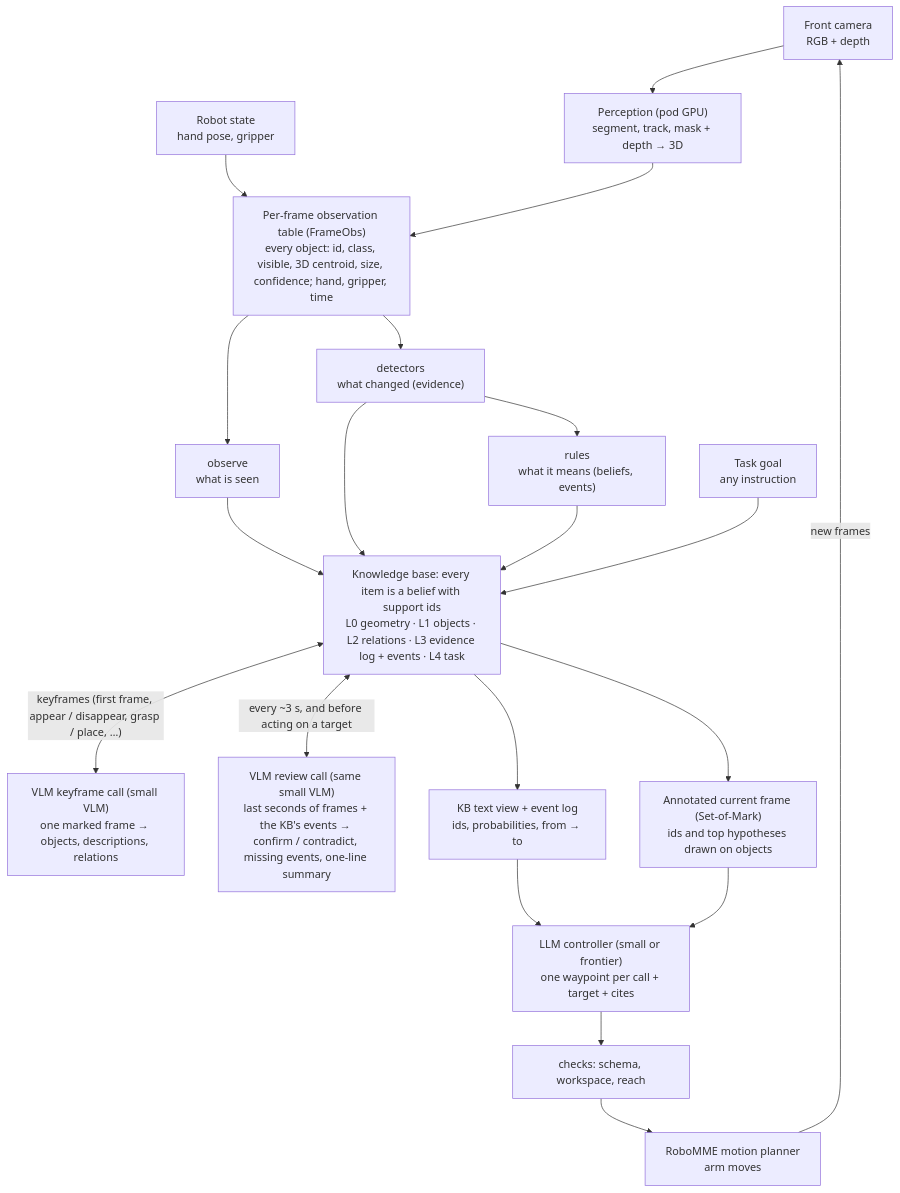
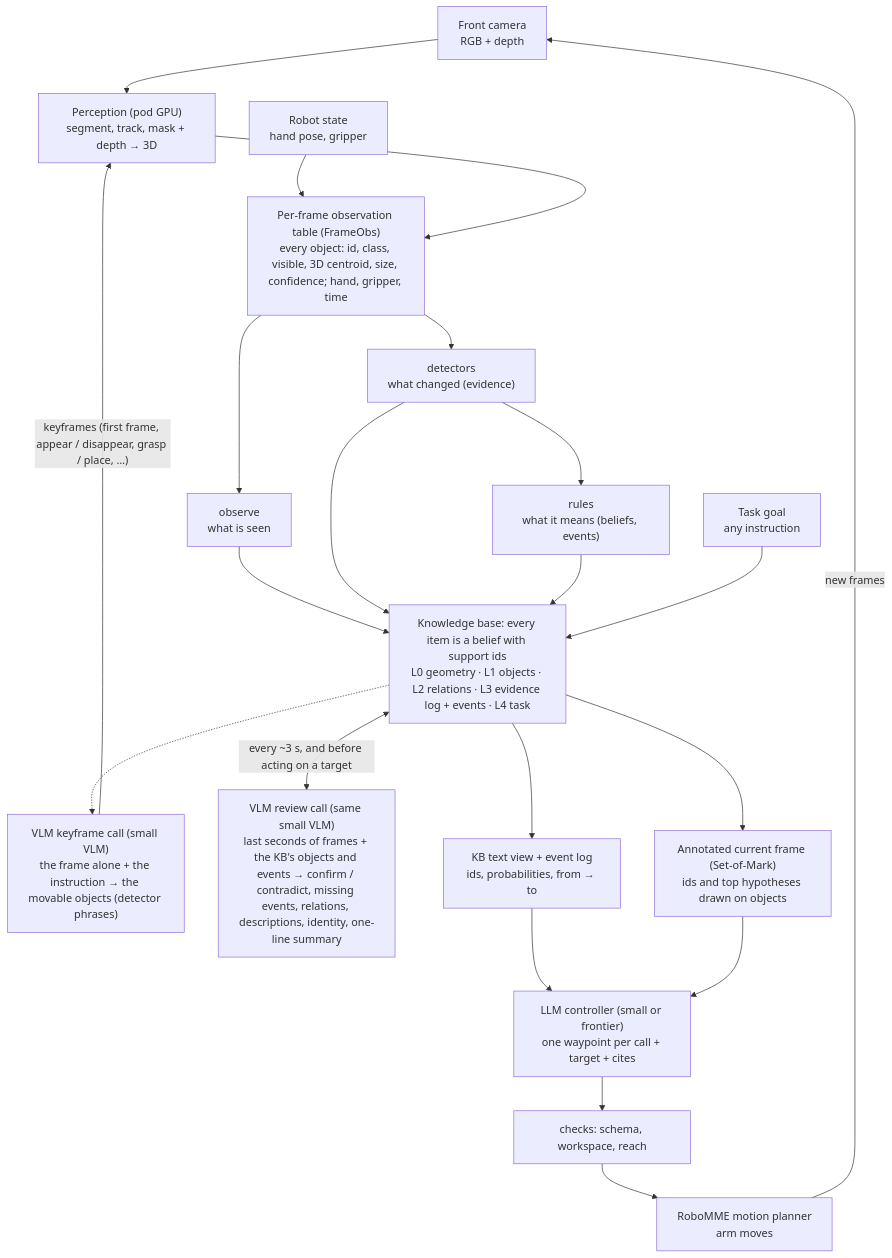
The diagram in DEVELOPMENT.md (vinzppp/arbiterkb), drawn with Mermaid before and after one commit. The commit also changed other lines of this file and 8 other files, not shown here.

Commit message:
Spec v1.10: keyframe call lists from the image alone (4/4 real frames again); review.py does checks + relations + descriptions + identity + summary over a frame window (fake-model tests); event log shows the review's evidence

````diff
--- a/DEVELOPMENT.md
+++ b/DEVELOPMENT.md
@@ -70,22 +70,23 @@
 ```mermaid
 flowchart TB
   CAM["Front camera<br/>RGB + depth"] --> PER["Perception (pod GPU)<br/>segment, track, mask + depth → 3D"]
   RS["Robot state<br/>hand pose, gripper"] --> OBS
   PER --> OBS["Per-frame observation table (FrameObs)<br/>every object: id, class, visible, 3D centroid, size, confidence; hand, gripper, time"]
   OBS --> O["observe<br/>what is seen"]
   OBS --> D["detectors<br/>what changed (evidence)"]
   D --> R["rules<br/>what it means (beliefs, events)"]
   O --> KB
   D --> KB
   R --> KB
   GOAL["Task goal<br/>any instruction"] --> KB
   KB["Knowledge base: every item is a belief with support ids<br/>L0 geometry · L1 objects · L2 relations · L3 evidence log + events · L4 task"]
-  KB <-->|"keyframes (first frame, appear / disappear, grasp / place, …)"| ANN["VLM keyframe call (small VLM)<br/>one marked frame → objects, descriptions, relations"]
-  KB <-->|"every ~3 s, and before acting on a target"| REV["VLM review call (same small VLM)<br/>last seconds of frames + the KB's events → confirm / contradict, missing events, one-line summary"]
+  ANN -->|"keyframes (first frame, appear / disappear, grasp / place, …)"| PER
+  KB -.-> ANN["VLM keyframe call (small VLM)<br/>the frame alone + the instruction → the movable objects (detector phrases)"]
+  KB <-->|"every ~3 s, and before acting on a target"| REV["VLM review call (same small VLM)<br/>last seconds of frames + the KB's objects and events → confirm / contradict, missing events, relations, descriptions, identity, one-line summary"]
   KB --> V1["KB text view + event log<br/>ids, probabilities, from → to"]
   KB --> V2["Annotated current frame (Set-of-Mark)<br/>ids and top hypotheses drawn on objects"]
   V1 --> C["LLM controller (small or frontier)<br/>one waypoint per call + target + cites"]
   V2 --> C
   C --> CHK["checks: schema, workspace, reach"] --> MP["RoboMME motion planner<br/>arm moves"]
   MP -->|"new frames"| CAM
 ```
````
